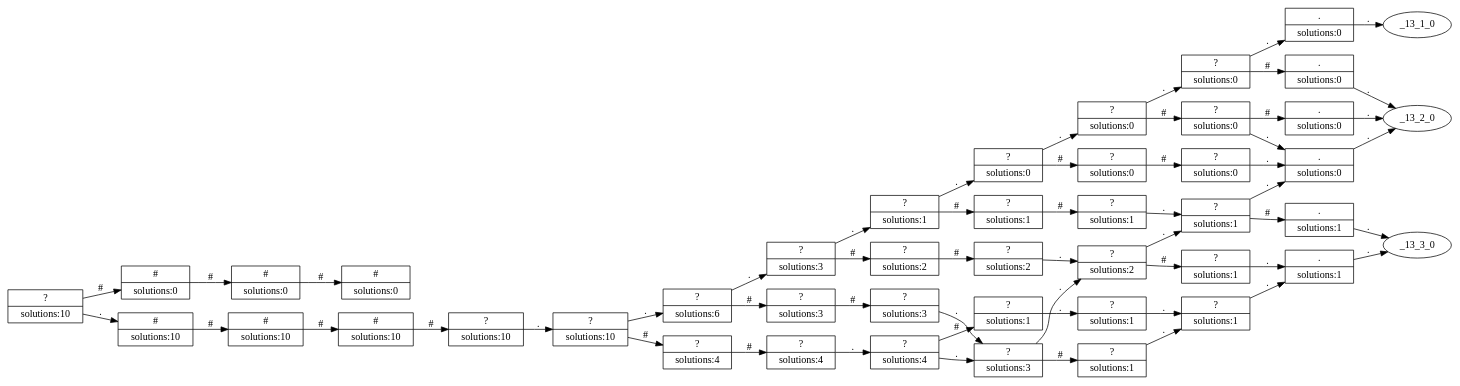
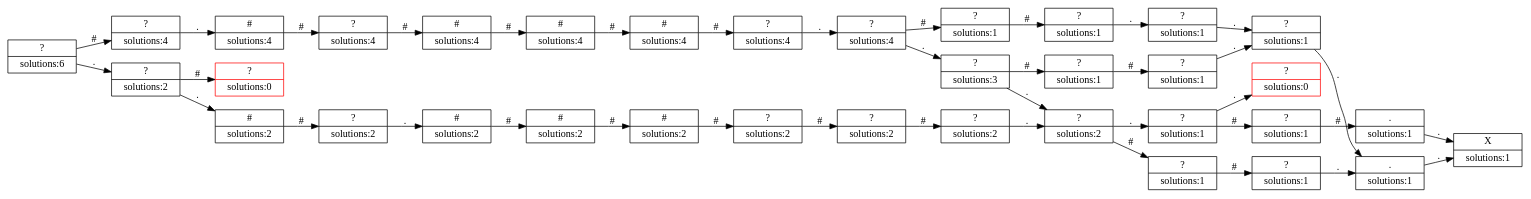
Before and after one commit to JakeHandsome/AdventOfCode: the diagram in 2023/day12/Sample_output.dot, drawn with Graphviz. The commit also changed 3 other files, not shown here.

```diff
--- a/2023/day12/Sample_output.dot
+++ b/2023/day12/Sample_output.dot
@@ -1,97 +1,75 @@
 strict digraph {
-   rankdir = "LR";
-   _0_0_0 [shape = "record";label = "?|solutions:10";];
-   _0_0_0 -> _1_0_1 [label = "#";];
-   _0_0_0 -> _1_0_0 [label = ".";];
-   _1_0_0 [shape = "record";label = "#|solutions:10";];
-   _1_0_0 -> _2_0_1 [label = "#";];
-   _1_0_1 [shape = "record";label = "#|solutions:0";];
-   _1_0_1 -> _2_0_2 [label = "#";];
-   _2_0_1 [shape = "record";label = "#|solutions:10";];
-   _2_0_1 -> _3_0_2 [label = "#";];
-   _2_0_2 [shape = "record";label = "#|solutions:0";];
-   _2_0_2 -> _3_0_3 [label = "#";];
-   _3_0_2 [shape = "record";label = "#|solutions:10";];
-   _3_0_2 -> _4_0_3 [label = "#";];
-   _3_0_3 [shape = "record";label = "#|solutions:0";];
-   _4_0_3 [shape = "record";label = "?|solutions:10";];
-   _4_0_3 -> _5_1_0 [label = ".";];
-   _5_1_0 [shape = "record";label = "?|solutions:10";];
-   _5_1_0 -> _6_1_1 [label = "#";];
-   _5_1_0 -> _6_1_0 [label = ".";];
-   _6_1_0 [shape = "record";label = "?|solutions:6";];
-   _6_1_0 -> _7_1_1 [label = "#";];
-   _6_1_0 -> _7_1_0 [label = ".";];
-   _6_1_1 [shape = "record";label = "?|solutions:4";];
-   _6_1_1 -> _7_1_2 [label = "#";];
-   _7_1_0 [shape = "record";label = "?|solutions:3";];
-   _7_1_0 -> _8_1_1 [label = "#";];
-   _7_1_0 -> _8_1_0 [label = ".";];
-   _7_1_1 [shape = "record";label = "?|solutions:3";];
-   _7_1_1 -> _8_1_2 [label = "#";];
-   _7_1_2 [shape = "record";label = "?|solutions:4";];
-   _7_1_2 -> _8_2_0 [label = ".";];
-   _8_1_0 [shape = "record";label = "?|solutions:1";];
-   _8_1_0 -> _9_1_1 [label = "#";];
-   _8_1_0 -> _9_1_0 [label = ".";];
-   _8_1_1 [shape = "record";label = "?|solutions:2";];
-   _8_1_1 -> _9_1_2 [label = "#";];
-   _8_1_2 [shape = "record";label = "?|solutions:3";];
-   _8_1_2 -> _9_2_0 [label = ".";];
-   _8_2_0 [shape = "record";label = "?|solutions:4";];
-   _8_2_0 -> _9_2_1 [label = "#";];
-   _8_2_0 -> _9_2_0 [label = ".";];
-   _9_1_0 [shape = "record";label = "?|solutions:0";];
-   _9_1_0 -> _10_1_1 [label = "#";];
-   _9_1_0 -> _10_1_0 [label = ".";];
-   _9_1_1 [shape = "record";label = "?|solutions:1";];
-   _9_1_1 -> _10_1_2 [label = "#";];
-   _9_1_2 [shape = "record";label = "?|solutions:2";];
-   _9_1_2 -> _10_2_0 [label = ".";];
-   _9_2_0 [shape = "record";label = "?|solutions:3";];
-   _9_2_0 -> _10_2_1 [label = "#";];
-   _9_2_0 -> _10_2_0 [label = ".";];
-   _9_2_1 [shape = "record";label = "?|solutions:1";];
-   _9_2_1 -> _10_3_0 [label = ".";];
-   _10_1_0 [shape = "record";label = "?|solutions:0";];
-   _10_1_0 -> _11_1_1 [label = "#";];
-   _10_1_0 -> _11_1_0 [label = ".";];
-   _10_1_1 [shape = "record";label = "?|solutions:0";];
-   _10_1_1 -> _11_1_2 [label = "#";];
-   _10_1_2 [shape = "record";label = "?|solutions:1";];
-   _10_1_2 -> _11_2_0 [label = ".";];
-   _10_2_0 [shape = "record";label = "?|solutions:2";];
-   _10_2_0 -> _11_2_1 [label = "#";];
-   _10_2_0 -> _11_2_0 [label = ".";];
-   _10_2_1 [shape = "record";label = "?|solutions:1";];
-   _10_2_1 -> _11_3_0 [label = ".";];
-   _10_3_0 [shape = "record";label = "?|solutions:1";];
-   _10_3_0 -> _11_3_0 [label = ".";];
-   _11_1_0 [shape = "record";label = "?|solutions:0";];
-   _11_1_0 -> _12_1_1 [label = "#";];
-   _11_1_0 -> _12_1_0 [label = ".";];
-   _11_1_1 [shape = "record";label = "?|solutions:0";];
-   _11_1_1 -> _12_1_2 [label = "#";];
-   _11_1_1 -> _12_2_0 [label = ".";];
-   _11_1_2 [shape = "record";label = "?|solutions:0";];
-   _11_1_2 -> _12_2_0 [label = ".";];
-   _11_2_0 [shape = "record";label = "?|solutions:1";];
-   _11_2_0 -> _12_2_1 [label = "#";];
-   _11_2_0 -> _12_2_0 [label = ".";];
-   _11_2_1 [shape = "record";label = "?|solutions:1";];
-   _11_2_1 -> _12_3_0 [label = ".";];
-   _11_3_0 [shape = "record";label = "?|solutions:1";];
-   _11_3_0 -> _12_3_0 [label = ".";];
-   _12_1_0 [shape = "record";label = ".|solutions:0";];
-   _12_1_0 -> _13_1_0 [label = ".";];
-   _12_1_1 [shape = "record";label = ".|solutions:0";];
-   _12_1_1 -> _13_2_0 [label = ".";];
-   _12_1_2 [shape = "record";label = ".|solutions:0";];
-   _12_1_2 -> _13_2_0 [label = ".";];
-   _12_2_0 [shape = "record";label = ".|solutions:0";];
-   _12_2_0 -> _13_2_0 [label = ".";];
-   _12_2_1 [shape = "record";label = ".|solutions:1";];
-   _12_2_1 -> _13_3_0 [label = ".";];
-   _12_3_0 [shape = "record";label = ".|solutions:1";];
-   _12_3_0 -> _13_3_0 [label = ".";];
+rankdir = "LR";_0_0_0 [shape="record", label= "?|solutions:6"];
+_0_0_0 -> _1_0_1 [label = "#"];
+_0_0_0 -> _1_0_0 [label = "."];
+_1_0_0 [shape="record", label= "?|solutions:2"];
+_1_0_0 -> _2_0_1 [label = "#"];
+_2_0_1 [shape="record", color="red", label= "?|solutions:0"];
+_1_0_0 -> _2_0_0 [label = "."];
+_1_0_1 [shape="record", label= "?|solutions:4"];
+_1_0_1 -> _2_1_0 [label = "."];
+_2_0_0 [shape="record", label= "#|solutions:2"];
+_2_0_0 -> _3_0_1 [label = "#"];
+_2_1_0 [shape="record", label= "#|solutions:4"];
+_2_1_0 -> _3_1_1 [label = "#"];
+_3_0_1 [shape="record", label= "?|solutions:2"];
+_3_0_1 -> _4_1_0 [label = "."];
+_3_1_1 [shape="record", label= "?|solutions:4"];
+_3_1_1 -> _4_1_2 [label = "#"];
+_4_1_0 [shape="record", label= "#|solutions:2"];
+_4_1_0 -> _5_1_1 [label = "#"];
+_4_1_2 [shape="record", label= "#|solutions:4"];
+_4_1_2 -> _5_1_3 [label = "#"];
+_5_1_1 [shape="record", label= "#|solutions:2"];
+_5_1_1 -> _6_1_2 [label = "#"];
+_5_1_3 [shape="record", label= "#|solutions:4"];
+_5_1_3 -> _6_1_4 [label = "#"];
+_6_1_2 [shape="record", label= "#|solutions:2"];
+_6_1_2 -> _7_1_3 [label = "#"];
+_6_1_4 [shape="record", label= "#|solutions:4"];
+_6_1_4 -> _7_1_5 [label = "#"];
+_7_1_3 [shape="record", label= "?|solutions:2"];
+_7_1_3 -> _8_1_4 [label = "#"];
+_7_1_5 [shape="record", label= "?|solutions:4"];
+_7_1_5 -> _8_2_0 [label = "."];
+_8_1_4 [shape="record", label= "?|solutions:2"];
+_8_1_4 -> _9_1_5 [label = "#"];
+_8_2_0 [shape="record", label= "?|solutions:4"];
+_8_2_0 -> _9_2_1 [label = "#"];
+_8_2_0 -> _9_2_0 [label = "."];
+_9_1_5 [shape="record", label= "?|solutions:2"];
+_9_1_5 -> _10_2_0 [label = "."];
+_9_2_0 [shape="record", label= "?|solutions:3"];
+_9_2_0 -> _10_2_1 [label = "#"];
+_9_2_0 -> _10_2_0 [label = "."];
+_9_2_1 [shape="record", label= "?|solutions:1"];
+_9_2_1 -> _10_2_2 [label = "#"];
+_10_2_0 [shape="record", label= "?|solutions:2"];
+_10_2_0 -> _11_2_1 [label = "#"];
+_10_2_0 -> _11_2_0 [label = "."];
+_10_2_1 [shape="record", label= "?|solutions:1"];
+_10_2_1 -> _11_2_2 [label = "#"];
+_10_2_2 [shape="record", label= "?|solutions:1"];
+_10_2_2 -> _11_3_0 [label = "."];
+_11_2_0 [shape="record", label= "?|solutions:1"];
+_11_2_0 -> _12_2_1 [label = "#"];
+_11_2_0 -> _12_2_0 [label = "."];
+_12_2_0 [shape="record", color="red",label= "?|solutions:0"];
+_11_2_1 [shape="record", label= "?|solutions:1"];
+_11_2_1 -> _12_2_2 [label = "#"];
+_11_2_2 [shape="record", label= "?|solutions:1"];
+_11_2_2 -> _12_3_0 [label = "."];
+_11_3_0 [shape="record", label= "?|solutions:1"];
+_11_3_0 -> _12_3_0 [label = "."];
+_12_2_1 [shape="record", label= "?|solutions:1"];
+_12_2_1 -> _13_2_2 [label = "#"];
+_12_2_2 [shape="record", label= "?|solutions:1"];
+_12_2_2 -> _13_3_0 [label = "."];
+_12_3_0 [shape="record", label= "?|solutions:1"];
+_12_3_0 -> _13_3_0 [label = "."];
+_13_2_2 [shape="record", label= ".|solutions:1"];
+_13_2_2 -> _14_3_0 [label = "."];
+_13_3_0 [shape="record", label= ".|solutions:1"];
+_13_3_0 -> _14_3_0 [label = "."];
+_14_3_0 [shape="record", label= "X|solutions:1"];
 }
```
